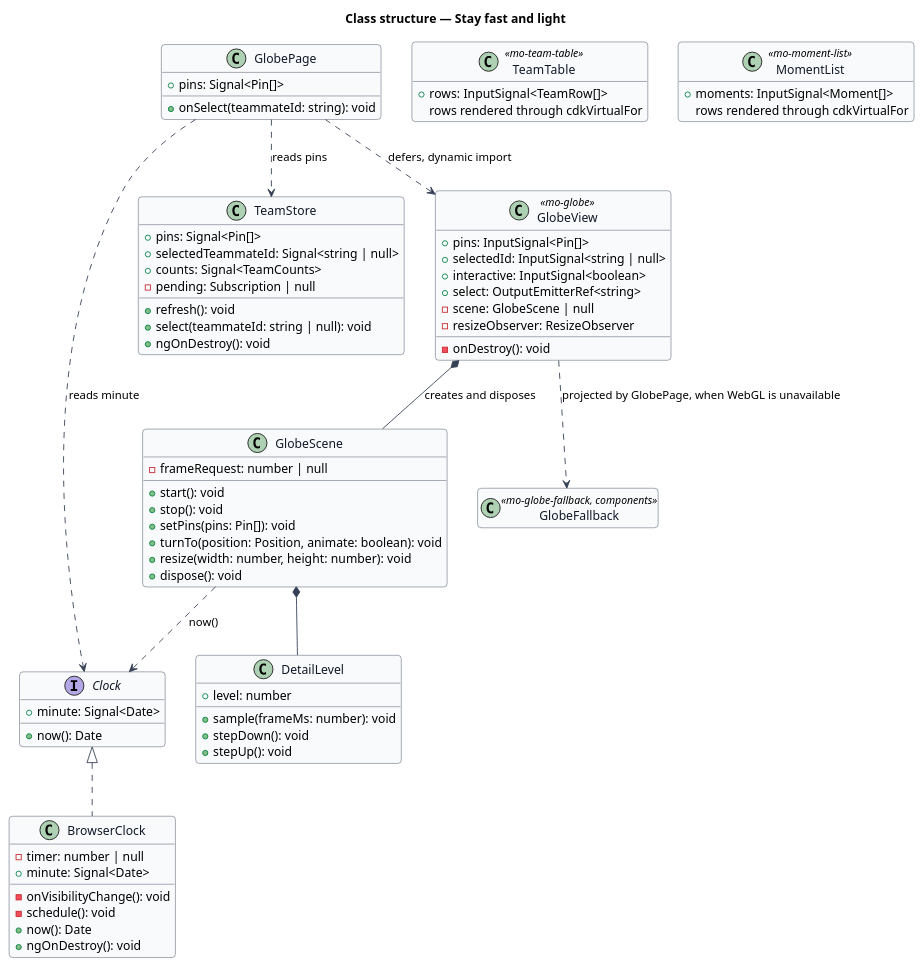
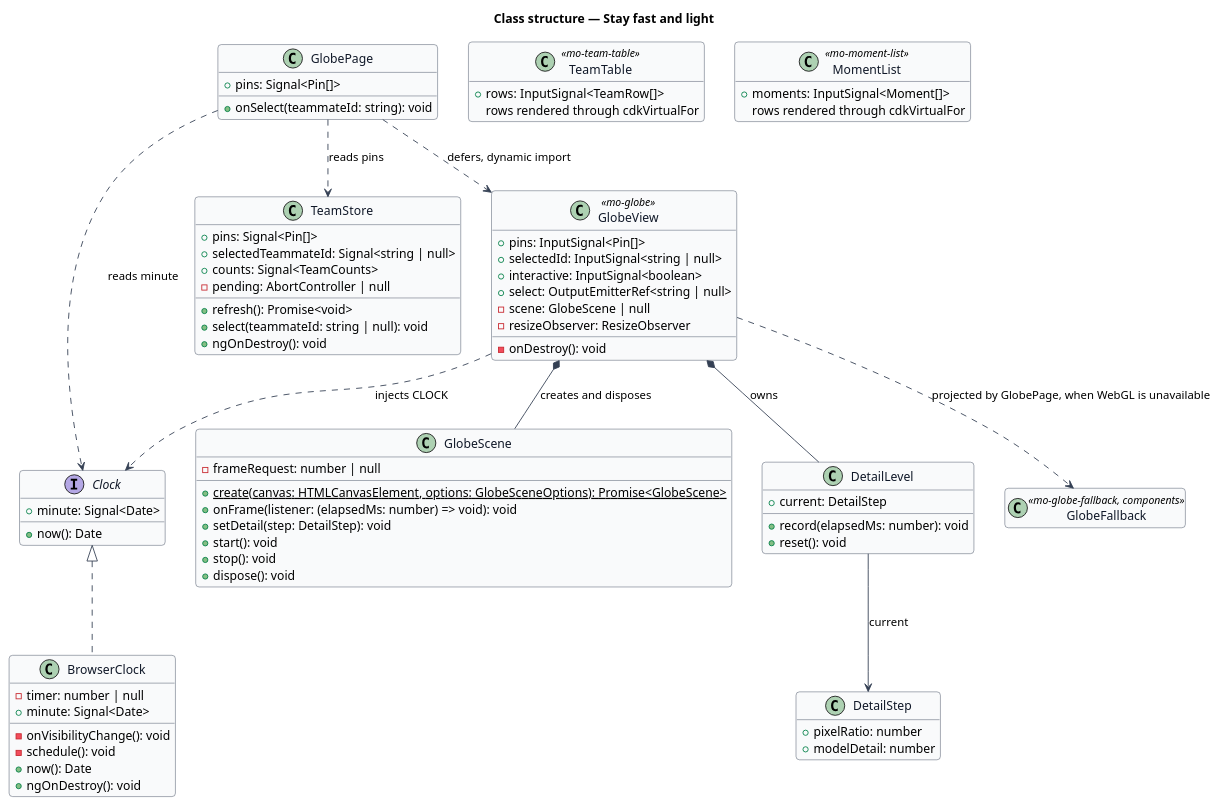
Before and after one commit to QuinntyneBrown/Mondino: the diagram in docs/detailed-designs/platform/stay-fast-and-light/diagrams/class-structure.puml, drawn with PlantUML. The commit also changed 23 other files, not shown here.

```diff
--- a/docs/detailed-designs/platform/stay-fast-and-light/diagrams/class-structure.puml
+++ b/docs/detailed-designs/platform/stay-fast-and-light/diagrams/class-structure.puml
@@ -1,92 +1,97 @@
 @startuml
 skinparam backgroundColor #FFFFFF
 skinparam shadowing false
 skinparam roundcorner 8
 skinparam defaultFontName Arial
 skinparam ArrowColor #344054
 skinparam class {
   BorderColor #344054
   FontColor #101828
   BackgroundColor #F9FAFB
 }
 hide empty members
 title Class structure — Stay fast and light
 
 interface Clock {
   +now(): Date
   +minute: Signal<Date>
 }
 
 class BrowserClock {
   -timer: number | null
   -onVisibilityChange(): void
   -schedule(): void
   +now(): Date
   +minute: Signal<Date>
   +ngOnDestroy(): void
 }
 
 class TeamStore {
   +pins: Signal<Pin[]>
   +selectedTeammateId: Signal<string | null>
   +counts: Signal<TeamCounts>
-  -pending: Subscription | null
-  +refresh(): void
+  -pending: AbortController | null
+  +refresh(): Promise<void>
   +select(teammateId: string | null): void
   +ngOnDestroy(): void
 }
 
 class GlobePage {
   +pins: Signal<Pin[]>
   +onSelect(teammateId: string): void
 }
 
 class GlobeView <<mo-globe>> {
   +pins: InputSignal<Pin[]>
   +selectedId: InputSignal<string | null>
   +interactive: InputSignal<boolean>
-  +select: OutputEmitterRef<string>
+  +select: OutputEmitterRef<string | null>
   -scene: GlobeScene | null
   -resizeObserver: ResizeObserver
   -onDestroy(): void
 }
 
 class GlobeScene {
   -frameRequest: number | null
+  {static} +create(canvas: HTMLCanvasElement, options: GlobeSceneOptions): Promise<GlobeScene>
+  +onFrame(listener: (elapsedMs: number) => void): void
+  +setDetail(step: DetailStep): void
   +start(): void
   +stop(): void
-  +setPins(pins: Pin[]): void
-  +turnTo(position: Position, animate: boolean): void
-  +resize(width: number, height: number): void
   +dispose(): void
 }
 
 class DetailLevel {
-  +level: number
-  +sample(frameMs: number): void
-  +stepDown(): void
-  +stepUp(): void
+  +current: DetailStep
+  +record(elapsedMs: number): void
+  +reset(): void
+}
+
+class DetailStep {
+  +pixelRatio: number
+  +modelDetail: number
 }
 
 class GlobeFallback <<mo-globe-fallback, components>> {
 }
 
 class TeamTable <<mo-team-table>> {
   +rows: InputSignal<TeamRow[]>
   rows rendered through cdkVirtualFor
 }
 
 class MomentList <<mo-moment-list>> {
   +moments: InputSignal<Moment[]>
   rows rendered through cdkVirtualFor
 }
 
 Clock <|.. BrowserClock
 GlobePage ..> TeamStore : reads pins
 GlobePage ..> Clock : reads minute
 GlobePage ..> GlobeView : defers, dynamic import
 GlobeView *-- GlobeScene : creates and disposes
 GlobeView ..> GlobeFallback : projected by GlobePage, when WebGL is unavailable
-GlobeScene *-- DetailLevel
-GlobeScene ..> Clock : now()
+GlobeView *-- DetailLevel : owns
+GlobeView ..> Clock : injects CLOCK
+DetailLevel --> DetailStep : current
 @enduml
```
